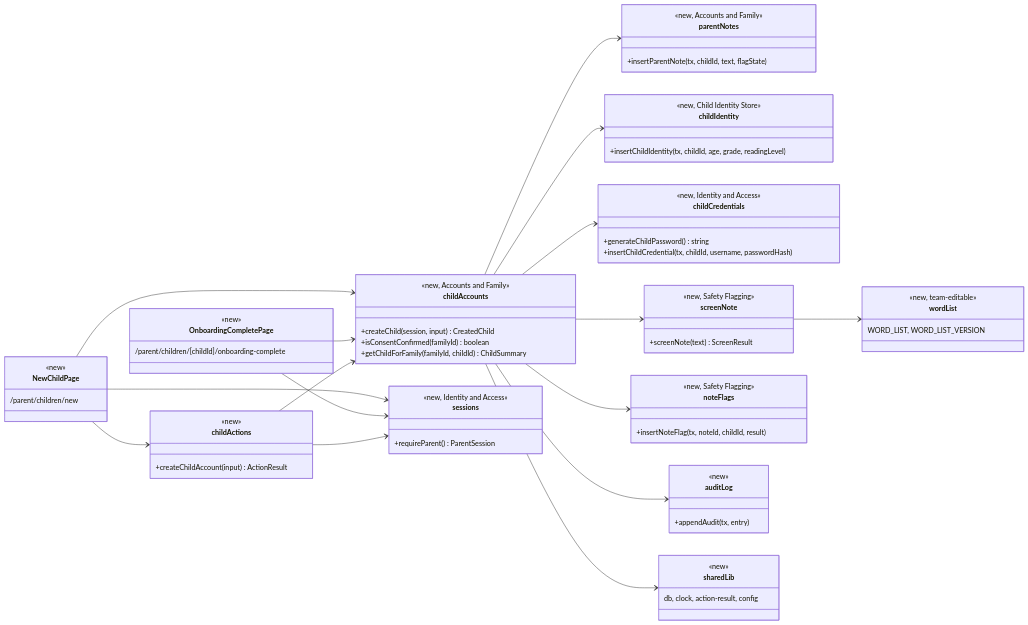
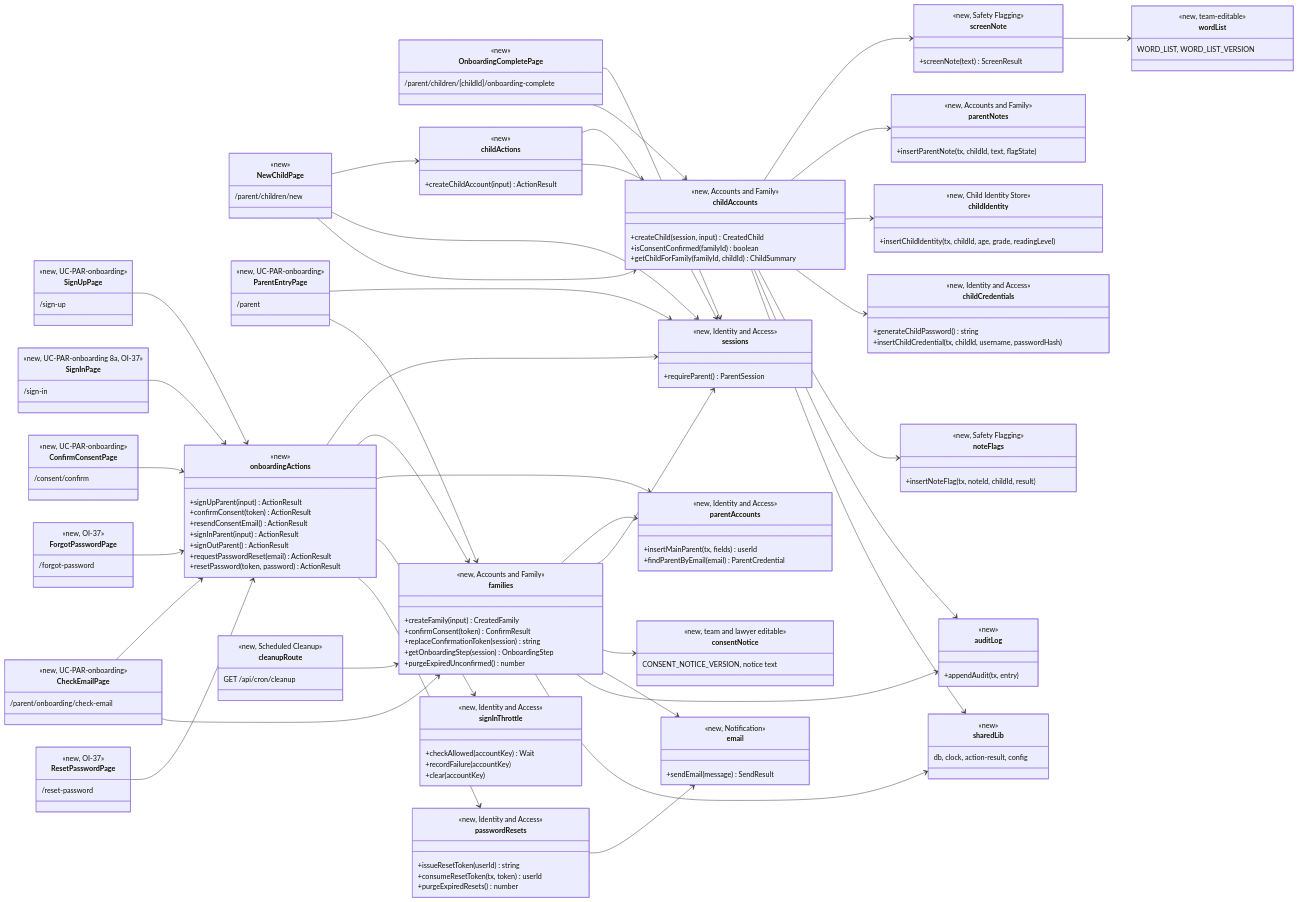
One commit to videogames21/book_buddies changed the first of 9 diagrams in design/par.md. Above: the diagram before and after it, drawn with Mermaid. The commit also changed other lines of this file and 6 other files, not shown here.

First line of the commit message:
Design UC-PAR-onboarding in the PAR design-of-record

```diff
--- a/design/par.md
+++ b/design/par.md
@@ -107,6 +109,103 @@
         <<new>>
         db, clock, action-result, config
     }
+    class SignUpPage {
+        <<new, UC-PAR-onboarding>>
+        /sign-up
+    }
+    class SignInPage {
+        <<new, UC-PAR-onboarding 8a, OI-37>>
+        /sign-in
+    }
+    class ConfirmConsentPage {
+        <<new, UC-PAR-onboarding>>
+        /consent/confirm
+    }
+    class CheckEmailPage {
+        <<new, UC-PAR-onboarding>>
+        /parent/onboarding/check-email
+    }
+    class ParentEntryPage {
+        <<new, UC-PAR-onboarding>>
+        /parent
+    }
+    class onboardingActions {
+        <<new>>
+        +signUpParent(input) ActionResult
+        +confirmConsent(token) ActionResult
+        +resendConsentEmail() ActionResult
+        +signInParent(input) ActionResult
+        +signOutParent() ActionResult
+        +requestPasswordReset(email) ActionResult
+        +resetPassword(token, password) ActionResult
+    }
+    class ForgotPasswordPage {
+        <<new, OI-37>>
+        /forgot-password
+    }
+    class ResetPasswordPage {
+        <<new, OI-37>>
+        /reset-password
+    }
+    class passwordResets {
+        <<new, Identity and Access>>
+        +issueResetToken(userId) string
+        +consumeResetToken(tx, token) userId
+        +purgeExpiredResets() number
+    }
+    class families {
+        <<new, Accounts and Family>>
+        +createFamily(input) CreatedFamily
+        +confirmConsent(token) ConfirmResult
+        +replaceConfirmationToken(session) string
+        +getOnboardingStep(session) OnboardingStep
+        +purgeExpiredUnconfirmed() number
+    }
+    class consentNotice {
+        <<new, team and lawyer editable>>
+        CONSENT_NOTICE_VERSION, notice text
+    }
+    class parentAccounts {
+        <<new, Identity and Access>>
+        +insertMainParent(tx, fields) userId
+        +findParentByEmail(email) ParentCredential
+    }
+    class signInThrottle {
+        <<new, Identity and Access>>
+        +checkAllowed(accountKey) Wait
+        +recordFailure(accountKey)
+        +clear(accountKey)
+    }
+    class email {
+        <<new, Notification>>
+        +sendEmail(message) SendResult
+    }
+    class cleanupRoute {
+        <<new, Scheduled Cleanup>>
+        GET /api/cron/cleanup
+    }
+    SignUpPage --> onboardingActions
+    SignInPage --> onboardingActions
+    ConfirmConsentPage --> onboardingActions
+    CheckEmailPage --> onboardingActions
+    CheckEmailPage --> families
+    ParentEntryPage --> sessions
+    ParentEntryPage --> families
+    onboardingActions --> sessions
+    onboardingActions --> families
+    onboardingActions --> parentAccounts
+    onboardingActions --> signInThrottle
+    onboardingActions --> passwordResets
+    ForgotPasswordPage --> onboardingActions
+    ResetPasswordPage --> onboardingActions
+    passwordResets --> email
+    families --> parentAccounts
+    families --> sessions
+    families --> consentNotice
+    families --> email
+    families --> auditLog
+    families --> sharedLib
+    cleanupRoute --> families
     NewChildPage --> childActions
     NewChildPage --> sessions
     NewChildPage --> childAccounts
```
